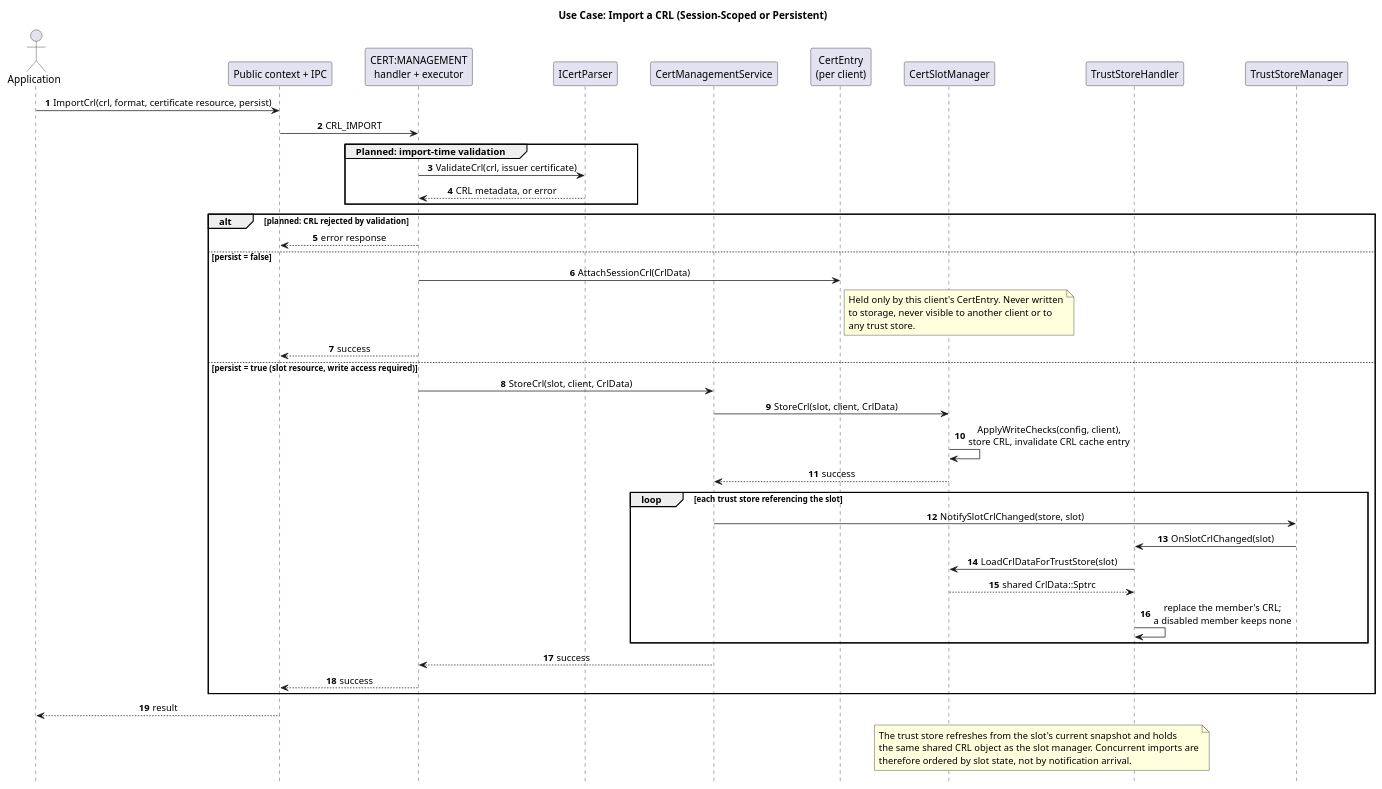
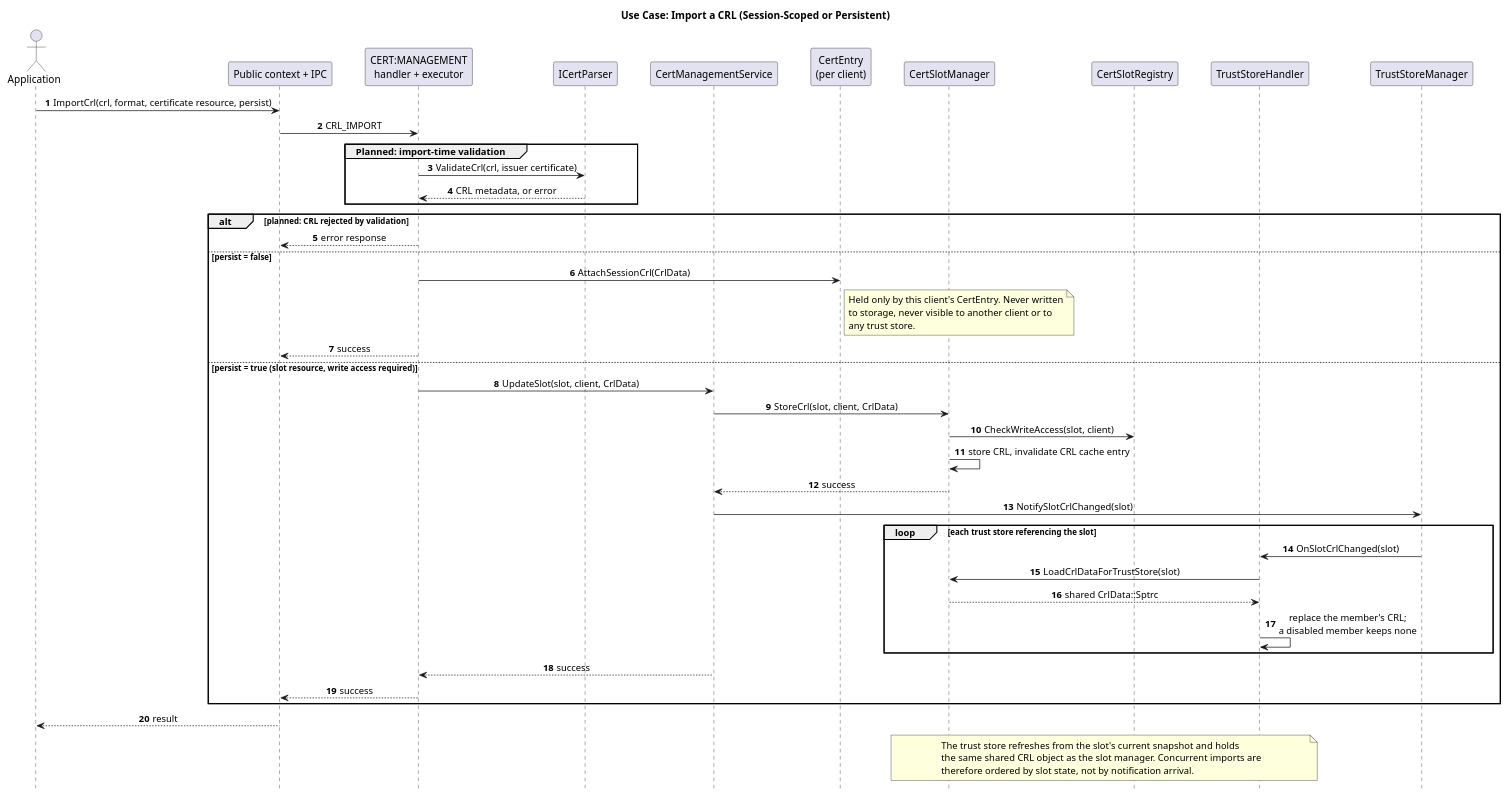
The diagram in score/crypto/src/daemon/cert_management/docs/detailed_design/uc_crl_import.puml (eclipse-score/inc_security_crypto), drawn with PlantUML before and after one commit. The commit also changed 52 other files, not shown here.

```diff
--- a/score/crypto/src/daemon/cert_management/docs/detailed_design/uc_crl_import.puml
+++ b/score/crypto/src/daemon/cert_management/docs/detailed_design/uc_crl_import.puml
@@ -14,59 +14,61 @@
 @startuml uc_crl_import
 title Use Case: Import a CRL (Session-Scoped or Persistent)
 autonumber
 hide footbox
 skinparam shadowing false
 skinparam defaultFontName Arial
 skinparam ParticipantPadding 18
 skinparam sequenceMessageAlign center
 
 actor Application as App
 participant "Public context + IPC" as Context
 participant "CERT:MANAGEMENT\nhandler + executor" as Executor
 participant "ICertParser" as Parser
 participant "CertManagementService" as Service
 participant "CertEntry\n(per client)" as Entry
 participant "CertSlotManager" as SlotManager
+participant "CertSlotRegistry" as Registry
 participant "TrustStoreHandler" as StoreHandler
 participant "TrustStoreManager" as TrustManager
 
 App -> Context : ImportCrl(crl, format, certificate resource, persist)
 Context -> Executor : CRL_IMPORT
 group Planned: import-time validation
   Executor -> Parser : ValidateCrl(crl, issuer certificate)
   Parser --> Executor : CRL metadata, or error
 end
 
 alt planned: CRL rejected by validation
   Executor --> Context : error response
 else persist = false
   Executor -> Entry : AttachSessionCrl(CrlData)
   note right of Entry
     Held only by this client's CertEntry. Never written
     to storage, never visible to another client or to
     any trust store.
   end note
   Executor --> Context : success
 else persist = true (slot resource, write access required)
-  Executor -> Service : StoreCrl(slot, client, CrlData)
+  Executor -> Service : UpdateSlot(slot, client, CrlData)
   Service -> SlotManager : StoreCrl(slot, client, CrlData)
-  SlotManager -> SlotManager : ApplyWriteChecks(config, client),\nstore CRL, invalidate CRL cache entry
+  SlotManager -> Registry : CheckWriteAccess(slot, client)
+  SlotManager -> SlotManager : store CRL, invalidate CRL cache entry
   SlotManager --> Service : success
+  Service -> TrustManager : NotifySlotCrlChanged(slot)
   loop each trust store referencing the slot
-    Service -> TrustManager : NotifySlotCrlChanged(store, slot)
     TrustManager -> StoreHandler : OnSlotCrlChanged(slot)
     StoreHandler -> SlotManager : LoadCrlDataForTrustStore(slot)
     SlotManager --> StoreHandler : shared CrlData::Sptrc
     StoreHandler -> StoreHandler : replace the member's CRL;\na disabled member keeps none
   end
   Service --> Executor : success
   Executor --> Context : success
 end
 Context --> App : result
 
 note over SlotManager, StoreHandler
   The trust store refreshes from the slot's current snapshot and holds
   the same shared CRL object as the slot manager. Concurrent imports are
   therefore ordered by slot state, not by notification arrival.
 end note
 @enduml
```
